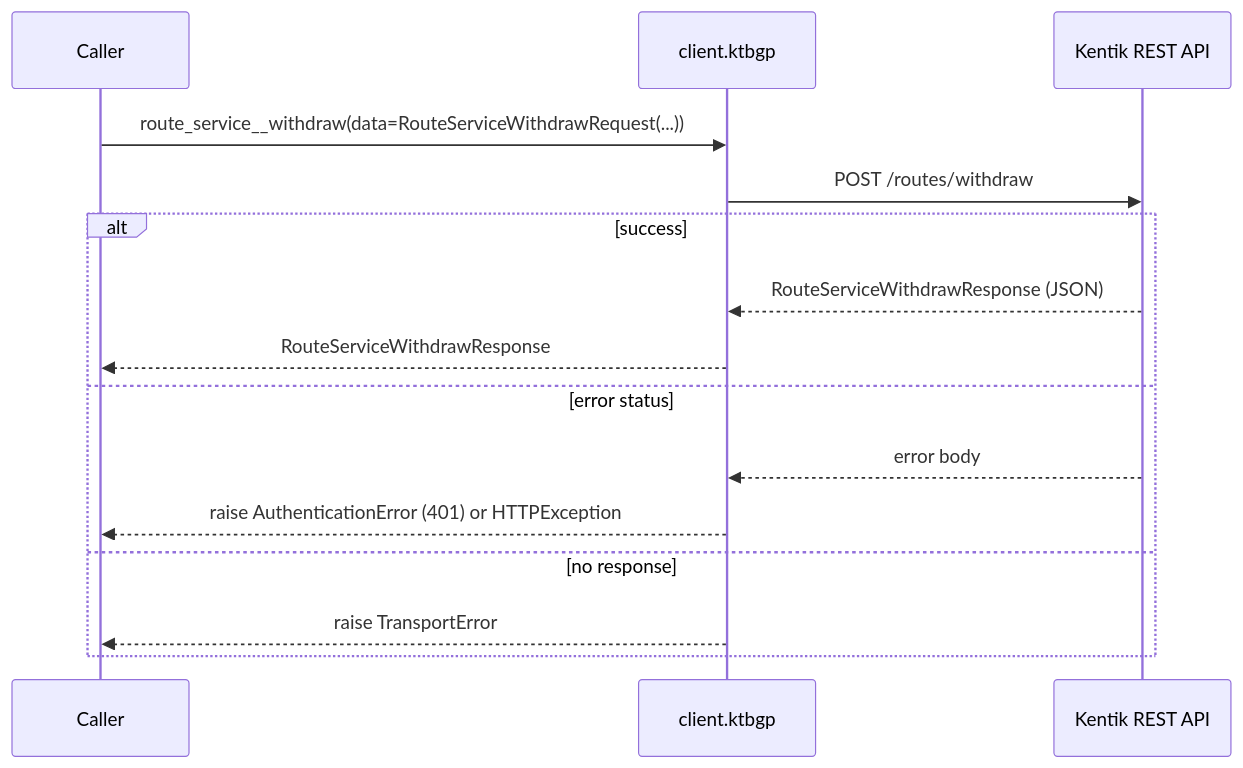
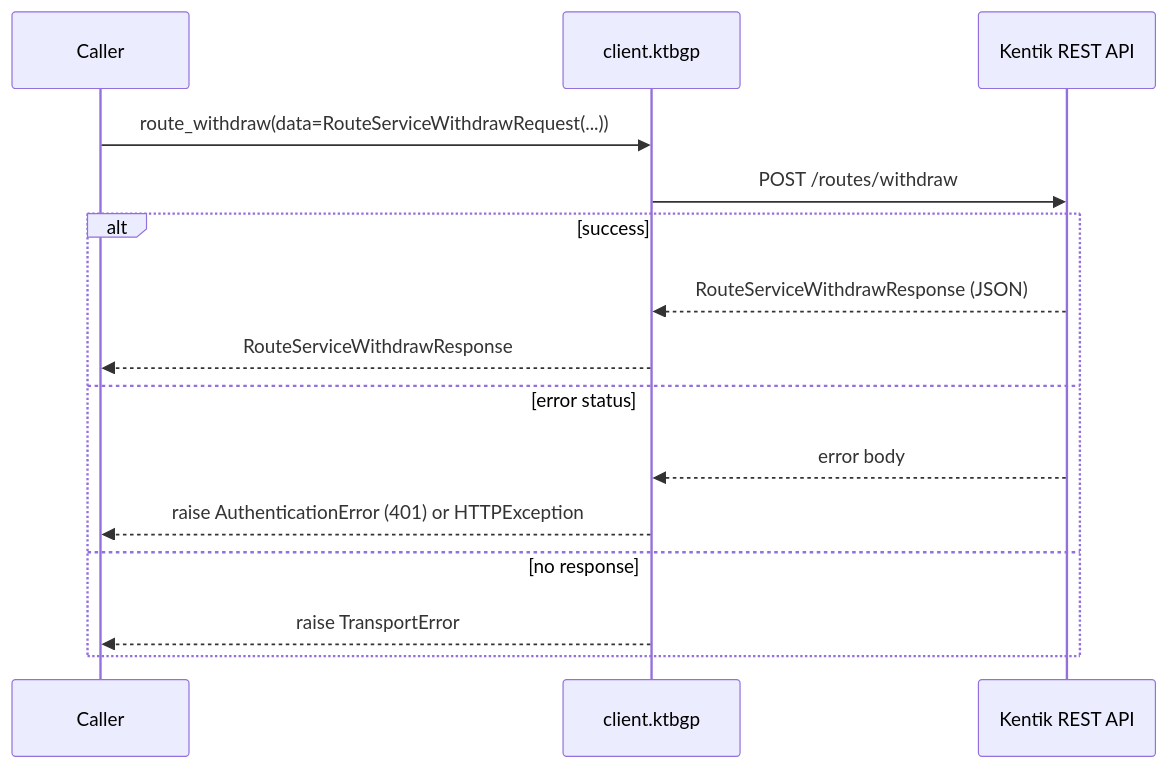
One commit to alexdearaujo/community_sdk_python changed the sixth of 8 diagrams in docs/sphinx/services/ktbgp.md. Above: the diagram before and after it, drawn with Mermaid. The commit also changed other lines of this file and 10 other files, not shown here.

````diff
--- a/docs/sphinx/services/ktbgp.md
+++ b/docs/sphinx/services/ktbgp.md
@@ -186,18 +186,18 @@
 ```mermaid
 sequenceDiagram
     participant C as Caller
     participant W as client.ktbgp
     participant API as Kentik REST API
 
-    C->>W: route_service__withdraw(data=RouteServiceWithdrawRequest(...))
+    C->>W: route_withdraw(data=RouteServiceWithdrawRequest(...))
     W->>API: POST /routes/withdraw
     alt success
         API-->>W: RouteServiceWithdrawResponse (JSON)
         W-->>C: RouteServiceWithdrawResponse
     else error status
         API-->>W: error body
         W-->>C: raise AuthenticationError (401) or HTTPException
     else no response
         W-->>C: raise TransportError
     end
 ```
````
